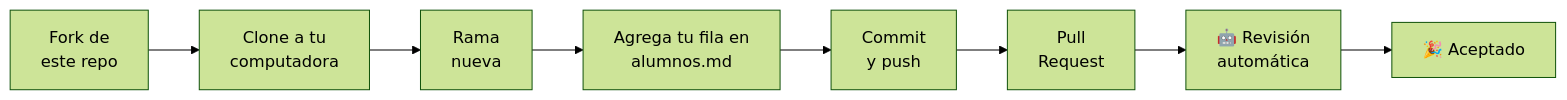
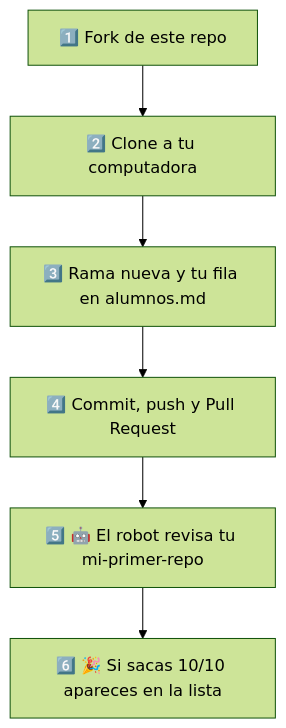
Before and after one commit to git-master-utn/aprende-github: the diagram in reto-final/README.md, drawn with Mermaid (forest theme). The commit also changed other lines of this file and 10 other files, not shown here.

````diff
--- a/reto-final/README.md
+++ b/reto-final/README.md
@@ -38,10 +38,10 @@
 ```mermaid
-flowchart LR
-    A["Fork de<br/>este repo"] --> B["Clone a tu<br/>computadora"]
-    B --> C["Rama<br/>nueva"]
-    C --> D["Agrega tu fila en<br/>alumnos.md"]
-    D --> E["Commit<br/>y push"]
-    E --> F["Pull<br/>Request"]
-    F --> G["🤖 Revisión<br/>automática"]
-    G --> H["🎉 Aceptado"]
+flowchart TD
+    A["1️⃣ Fork de este repo"]
+    B["2️⃣ Clone a tu computadora"]
+    C["3️⃣ Rama nueva y tu fila en alumnos.md"]
+    D["4️⃣ Commit, push y Pull Request"]
+    E["5️⃣ 🤖 El robot revisa tu mi-primer-repo"]
+    F["6️⃣ 🎉 Si sacas 10/10 apareces en la lista"]
+    A --> B --> C --> D --> E --> F
 ```
````
